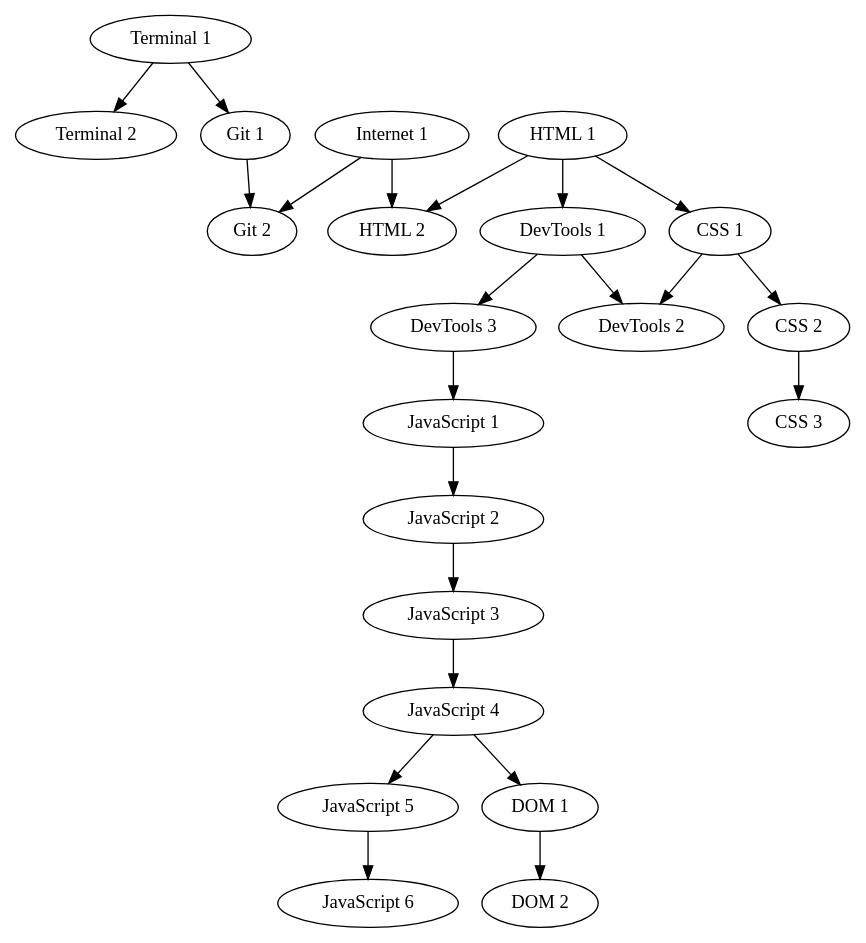
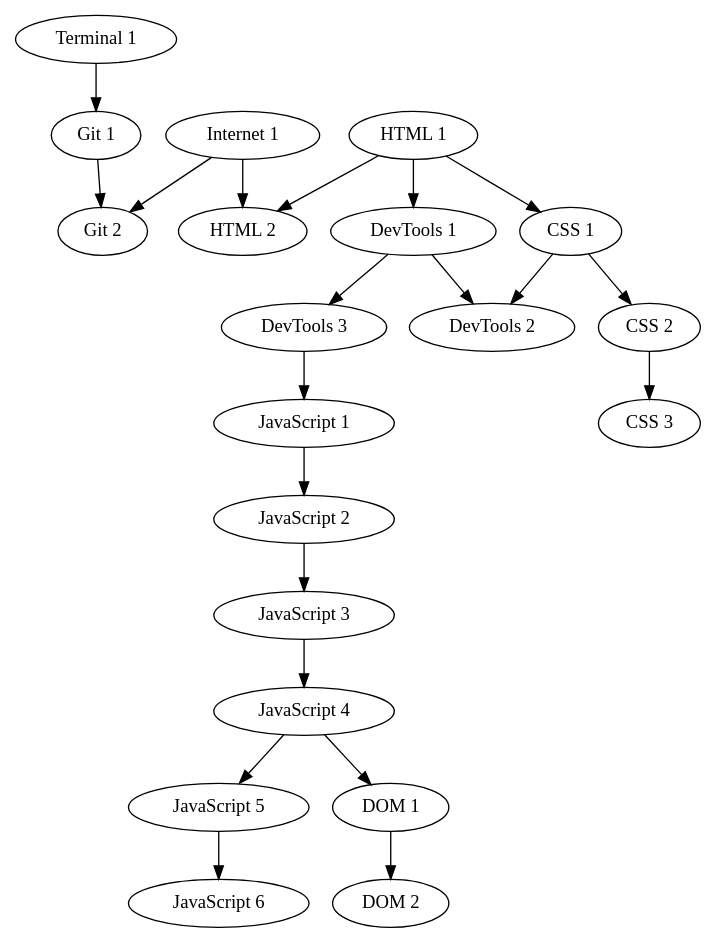
One commit to Codaisseur/BB-Projects changed the diagram in modules.dot. Above: the diagram before and after it, drawn with Graphviz. The commit also changed 1 other file, not shown here.

Commit message:
Removes terminal 2 mod

```diff
--- a/modules.dot
+++ b/modules.dot
@@ -1,23 +1,22 @@
 digraph {
-    "Terminal 1"->"Terminal 2"
     "Terminal 1"->"Git 1"
     "Git 1"->"Git 2"
     "Internet 1"->"Git 2"
     "Internet 1"->"HTML 2"
     "HTML 1"->"HTML 2"
     "HTML 1"->"DevTools 1"
     "DevTools 1"->"DevTools 2"
     "DevTools 1"->"DevTools 3"
     "HTML 1"->"CSS 1"
     "CSS 1"->"CSS 2"
     "CSS 2"->"CSS 3"
     "CSS 1"->"DevTools 2"
     "DevTools 3"->"JavaScript 1"
     "JavaScript 1"->"JavaScript 2"
     "JavaScript 2"->"JavaScript 3"
     "JavaScript 3"->"JavaScript 4"
     "JavaScript 4"->"JavaScript 5"
     "JavaScript 5"->"JavaScript 6"
     "JavaScript 4"->"DOM 1"
     "DOM 1"->"DOM 2"
 }
```
